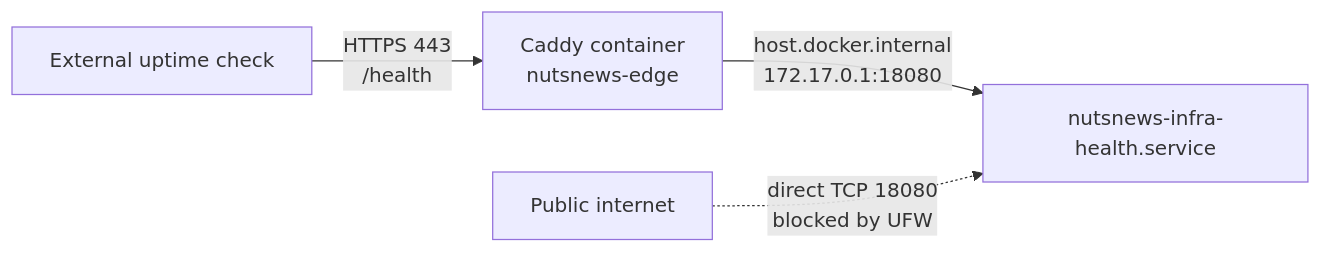
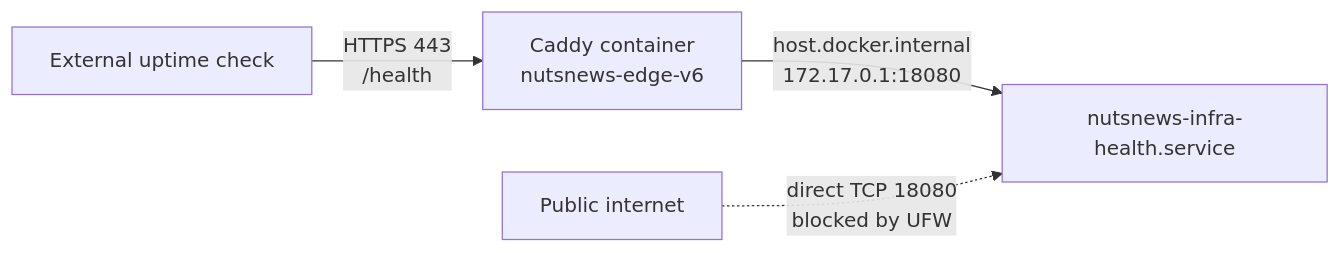
One commit to ramideltoro/nutsnews-docs changed the diagram in NUTSNEWS_VPS_HEALTH_ENDPOINT_NETWORK.md. Above: the diagram before and after it, drawn with Mermaid. The commit also changed other lines of this file and 2 other files, not shown here.

````diff
--- a/NUTSNEWS_VPS_HEALTH_ENDPOINT_NETWORK.md
+++ b/NUTSNEWS_VPS_HEALTH_ENDPOINT_NETWORK.md
@@ -28,6 +28,6 @@
 ```mermaid
 flowchart LR
-  monitor["External uptime check"] -->|"HTTPS 443\n/health"| caddy["Caddy container\nnutsnews-edge"]
+  monitor["External uptime check"] -->|"HTTPS 443\n/health"| caddy["Caddy container\nnutsnews-edge-v6"]
   caddy -->|"host.docker.internal\n172.17.0.1:18080"| health["nutsnews-infra-health.service"]
   internet["Public internet"] -. "direct TCP 18080\nblocked by UFW" .-> health
 ```
````
